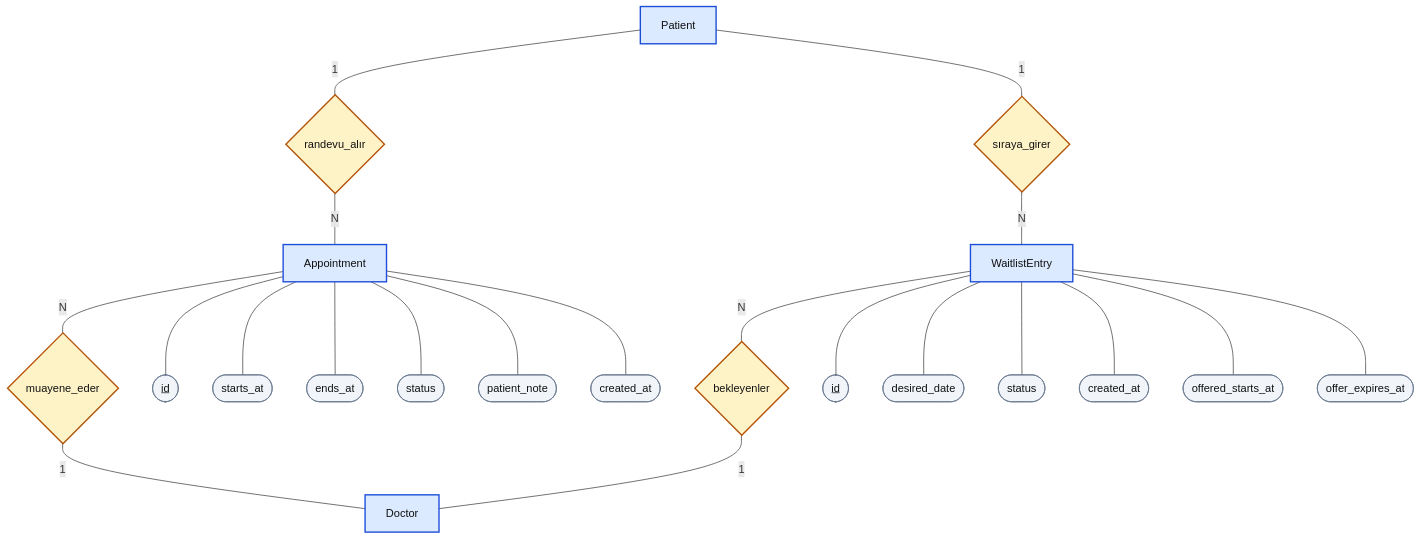
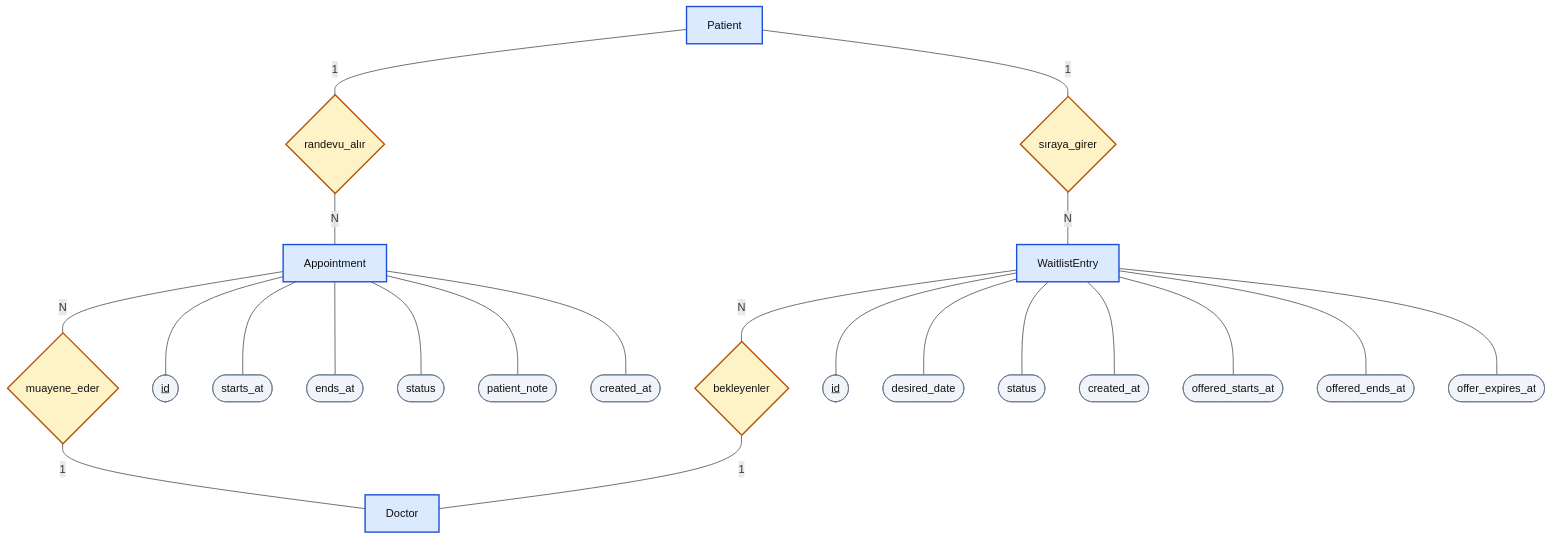
One commit to denizugurgenc02/clinic-appointment-system changed the sixth of 6 diagrams in docs/tasarim.md. Above: the diagram before and after it, drawn with Mermaid. The commit also changed other lines of this file and 5 other files, not shown here.

````diff
--- a/docs/tasarim.md
+++ b/docs/tasarim.md
@@ -606,34 +606,35 @@
 ```mermaid
 flowchart TB
     PATIENT[Patient]:::varlik
     DOCTOR[Doctor]:::varlik
     APPT[Appointment]:::varlik
     WAIT[WaitlistEntry]:::varlik
 
     R_RAN{randevu_alır}:::iliski
     R_MUA{muayene_eder}:::iliski
     R_SIR{sıraya_girer}:::iliski
     R_BEK{bekleyenler}:::iliski
 
     PATIENT ---|1| R_RAN ---|N| APPT
     APPT ---|N| R_MUA ---|1| DOCTOR
     PATIENT ---|1| R_SIR ---|N| WAIT
     WAIT ---|N| R_BEK ---|1| DOCTOR
 
     APPT --- a1(["<u>id</u>"]):::oznitelik
     APPT --- a2(["starts_at"]):::oznitelik
     APPT --- a3(["ends_at"]):::oznitelik
     APPT --- a4(["status"]):::oznitelik
     APPT --- a5(["patient_note"]):::oznitelik
     APPT --- a6(["created_at"]):::oznitelik
     WAIT --- w1(["<u>id</u>"]):::oznitelik
     WAIT --- w2(["desired_date"]):::oznitelik
     WAIT --- w3(["status"]):::oznitelik
     WAIT --- w4(["created_at"]):::oznitelik
     WAIT --- w5(["offered_starts_at"]):::oznitelik
-    WAIT --- w6(["offer_expires_at"]):::oznitelik
+    WAIT --- w6(["offered_ends_at"]):::oznitelik
+    WAIT --- w7(["offer_expires_at"]):::oznitelik
 
     classDef varlik fill:#dbeafe,stroke:#1d4ed8,stroke-width:2px,color:#111
     classDef iliski fill:#fef3c7,stroke:#b45309,stroke-width:2px,color:#111
     classDef oznitelik fill:#f1f5f9,stroke:#64748b,color:#111
 ```
````
